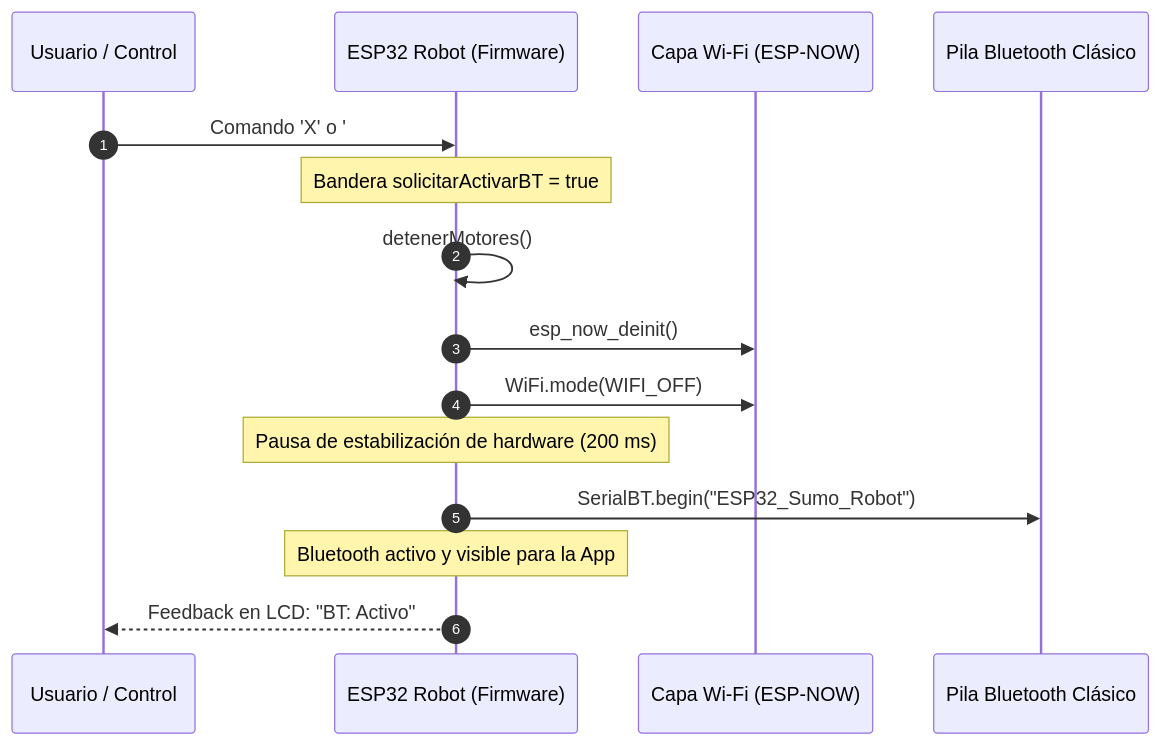
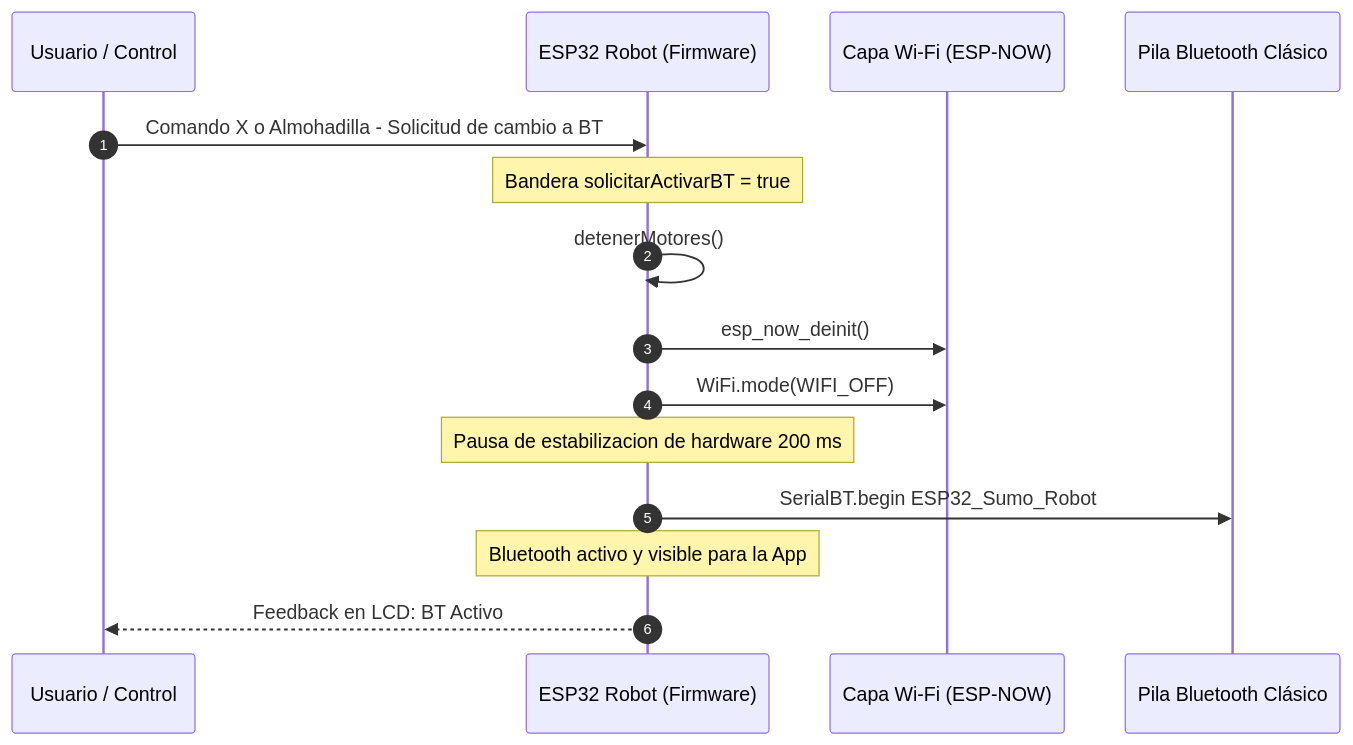
The second of 4 diagrams in README.md (paulinopaul/robot_sumo_usando_agentes_ia), drawn with Mermaid before and after one commit. The commit also changed other lines of this file and 2 other files, not shown here.

````diff
--- a/README.md
+++ b/README.md
@@ -166,18 +166,18 @@
 ```mermaid
 sequenceDiagram
     autonumber
     participant Usuario as Usuario / Control
     participant Robot as ESP32 Robot (Firmware)
     participant WiFiModem as Capa Wi-Fi (ESP-NOW)
     participant BTModem as Pila Bluetooth Clásico
 
-    Usuario->>Robot: Comando 'X' o '#' (Solicitud de cambio a BT)
+    Usuario->>Robot: Comando X o Almohadilla - Solicitud de cambio a BT
     Note over Robot: Bandera solicitarActivarBT = true
     Robot->>Robot: detenerMotores()
     Robot->>WiFiModem: esp_now_deinit()
     Robot->>WiFiModem: WiFi.mode(WIFI_OFF)
-    Note over Robot: Pausa de estabilización de hardware (200 ms)
-    Robot->>BTModem: SerialBT.begin("ESP32_Sumo_Robot")
+    Note over Robot: Pausa de estabilizacion de hardware 200 ms
+    Robot->>BTModem: SerialBT.begin ESP32_Sumo_Robot
     Note over Robot: Bluetooth activo y visible para la App
-    Robot-->>Usuario: Feedback en LCD: "BT: Activo"
+    Robot-->>Usuario: Feedback en LCD: BT Activo
 ```
````
